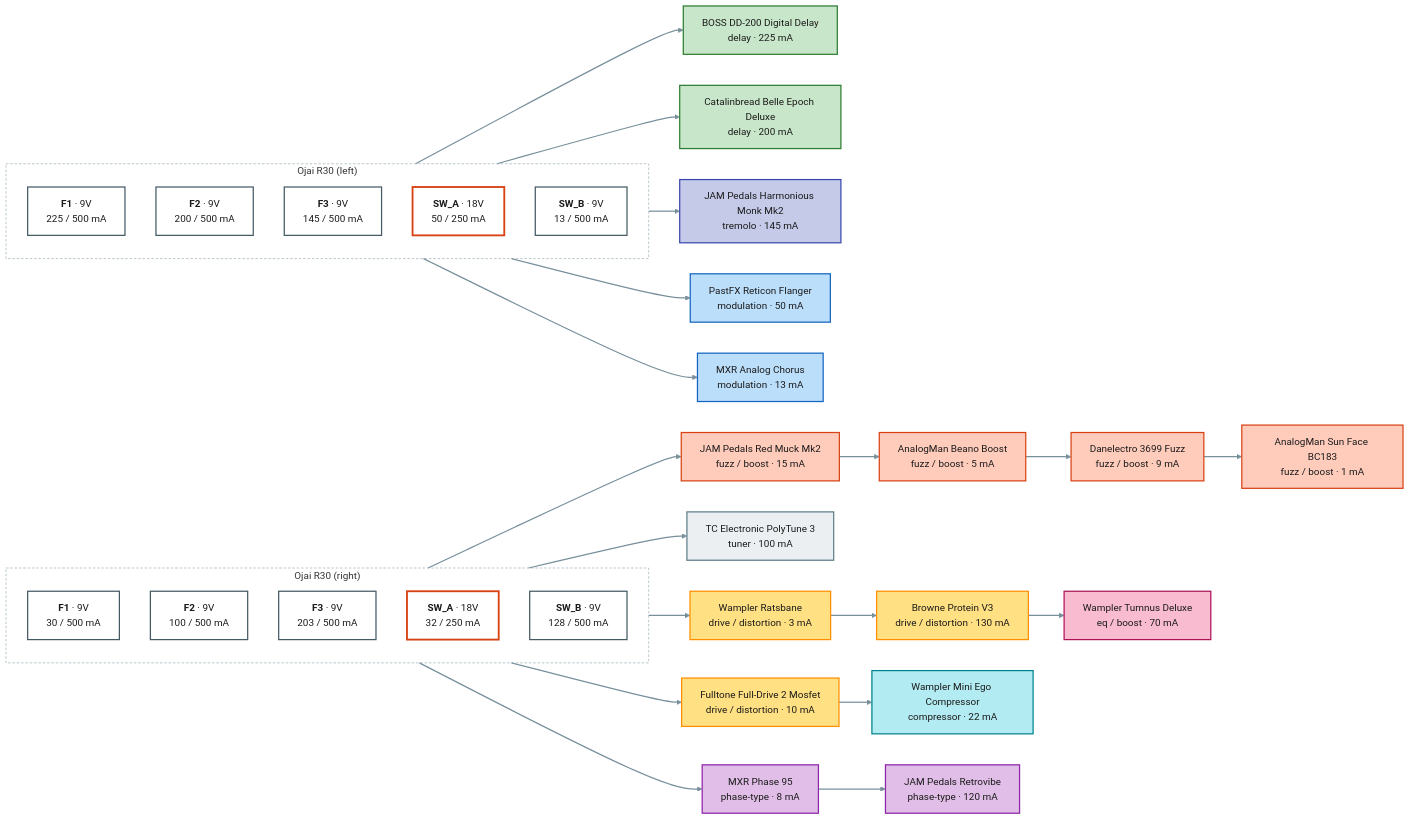
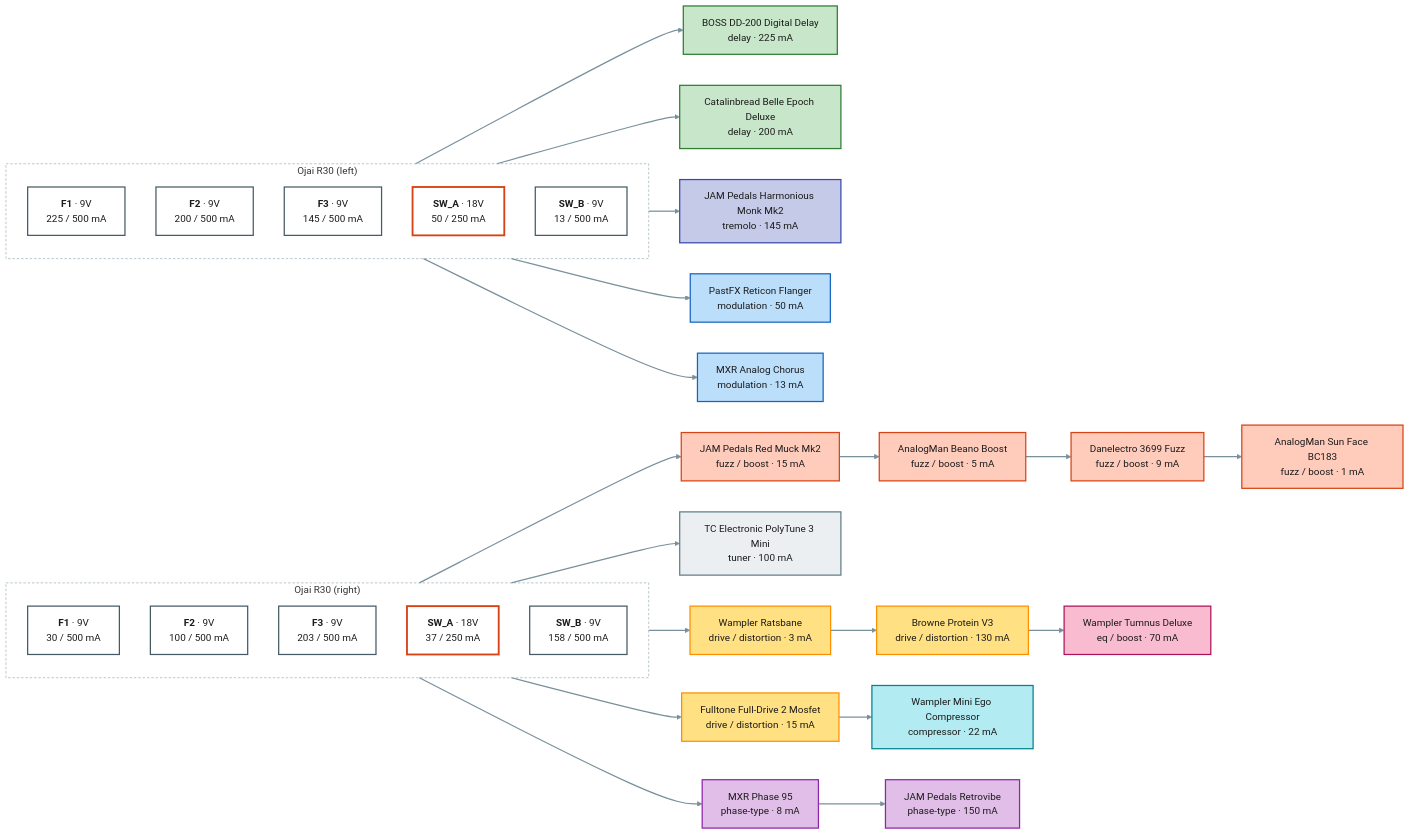
Before and after one commit to pedroacvieira/pedalboard: the diagram in projects/guitar-gig/power.mmd, drawn with Mermaid. The commit also changed 20 other files, not shown here.

```diff
--- a/projects/guitar-gig/power.mmd
+++ b/projects/guitar-gig/power.mmd
@@ -1,66 +1,66 @@
 flowchart LR
     subgraph psu1["Ojai R30 (left)"]
         direction TB
         psu1_F1["<b>F1</b> · 9V<br/>225 / 500 mA"]:::out9
         psu1_F2["<b>F2</b> · 9V<br/>200 / 500 mA"]:::out9
         psu1_F3["<b>F3</b> · 9V<br/>145 / 500 mA"]:::out9
         psu1_SW_A["<b>SW_A</b> · 18V<br/>50 / 250 mA"]:::out18
         psu1_SW_B["<b>SW_B</b> · 9V<br/>13 / 500 mA"]:::out9
     end
     subgraph psu2["Ojai R30 (right)"]
         direction TB
         psu2_F1["<b>F1</b> · 9V<br/>30 / 500 mA"]:::out9
         psu2_F2["<b>F2</b> · 9V<br/>100 / 500 mA"]:::out9
         psu2_F3["<b>F3</b> · 9V<br/>203 / 500 mA"]:::out9
-        psu2_SW_A["<b>SW_A</b> · 18V<br/>32 / 250 mA"]:::out18
-        psu2_SW_B["<b>SW_B</b> · 9V<br/>128 / 500 mA"]:::out9
+        psu2_SW_A["<b>SW_A</b> · 18V<br/>37 / 250 mA"]:::out18
+        psu2_SW_B["<b>SW_B</b> · 9V<br/>158 / 500 mA"]:::out9
     end
     boss_dd200["BOSS DD-200 Digital Delay<br/>delay · 225 mA"]:::c_delay
     belle_epoch["Catalinbread Belle Epoch Deluxe<br/>delay · 200 mA"]:::c_delay
     monk["JAM Pedals Harmonious Monk Mk2<br/>tremolo · 145 mA"]:::c_tremolo
     reticon["PastFX Reticon Flanger<br/>modulation · 50 mA"]:::c_modulation
     analog_chorus["MXR Analog Chorus<br/>modulation · 13 mA"]:::c_modulation
     red_muck["JAM Pedals Red Muck Mk2<br/>fuzz / boost · 15 mA"]:::c_fuzz___boost
     beano["AnalogMan Beano Boost<br/>fuzz / boost · 5 mA"]:::c_fuzz___boost
     danelectro_3699["Danelectro 3699 Fuzz<br/>fuzz / boost · 9 mA"]:::c_fuzz___boost
     sun_face["AnalogMan Sun Face BC183<br/>fuzz / boost · 1 mA"]:::c_fuzz___boost
-    polytune_3["TC Electronic PolyTune 3<br/>tuner · 100 mA"]:::c_tuner
+    polytune_3["TC Electronic PolyTune 3 Mini<br/>tuner · 100 mA"]:::c_tuner
     ratsbane["Wampler Ratsbane<br/>drive / distortion · 3 mA"]:::c_drive___distortion
     protein["Browne Protein V3<br/>drive / distortion · 130 mA"]:::c_drive___distortion
     tumnus_deluxe["Wampler Tumnus Deluxe<br/>eq / boost · 70 mA"]:::c_eq___boost
-    fulldrive_2["Fulltone Full-Drive 2 Mosfet<br/>drive / distortion · 10 mA"]:::c_drive___distortion
+    fulldrive_2["Fulltone Full-Drive 2 Mosfet<br/>drive / distortion · 15 mA"]:::c_drive___distortion
     mini_ego["Wampler Mini Ego Compressor<br/>compressor · 22 mA"]:::c_compressor
     phase_95["MXR Phase 95<br/>phase-type · 8 mA"]:::c_phase_type
-    retrovibe["JAM Pedals Retrovibe<br/>phase-type · 120 mA"]:::c_phase_type
+    retrovibe["JAM Pedals Retrovibe<br/>phase-type · 150 mA"]:::c_phase_type
     psu1_F1 --> boss_dd200
     psu1_F2 --> belle_epoch
     psu1_F3 --> monk
     psu1_SW_A --> reticon
     psu1_SW_B --> analog_chorus
     psu2_F1 --> red_muck
     red_muck --> beano
     beano --> danelectro_3699
     danelectro_3699 --> sun_face
     psu2_F2 --> polytune_3
     psu2_F3 --> ratsbane
     ratsbane --> protein
     protein --> tumnus_deluxe
     psu2_SW_A --> fulldrive_2
     fulldrive_2 --> mini_ego
     psu2_SW_B --> phase_95
     phase_95 --> retrovibe
     classDef out9 fill:#ffffff,stroke:#455a64,stroke-width:2px,color:#1b1b1b
     classDef out18 fill:#ffffff,stroke:#d84315,stroke-width:3px,color:#1b1b1b
     classDef spare fill:#fafafa,stroke:#9e9e9e,stroke-dasharray:4 3,color:#757575
     classDef c_tuner fill:#eceff1,stroke:#607d8b,stroke-width:2px,color:#1b1b1b
     classDef c_compressor fill:#b2ebf2,stroke:#00838f,stroke-width:2px,color:#1b1b1b
     classDef c_fuzz___boost fill:#ffccbc,stroke:#d84315,stroke-width:2px,color:#1b1b1b
     classDef c_drive___distortion fill:#ffe082,stroke:#ff8f00,stroke-width:2px,color:#1b1b1b
     classDef c_phase_type fill:#e1bee7,stroke:#8e24aa,stroke-width:2px,color:#1b1b1b
     classDef c_modulation fill:#bbdefb,stroke:#1565c0,stroke-width:2px,color:#1b1b1b
     classDef c_tremolo fill:#c5cae9,stroke:#3949ab,stroke-width:2px,color:#1b1b1b
     classDef c_delay fill:#c8e6c9,stroke:#2e7d32,stroke-width:2px,color:#1b1b1b
     classDef c_eq___boost fill:#f8bbd0,stroke:#ad1457,stroke-width:2px,color:#1b1b1b
     style psu1 fill:none,stroke:#90a4ae,stroke-dasharray:4 3
     style psu2 fill:none,stroke:#90a4ae,stroke-dasharray:4 3
     linkStyle default stroke:#78909c,stroke-width:2px
```
